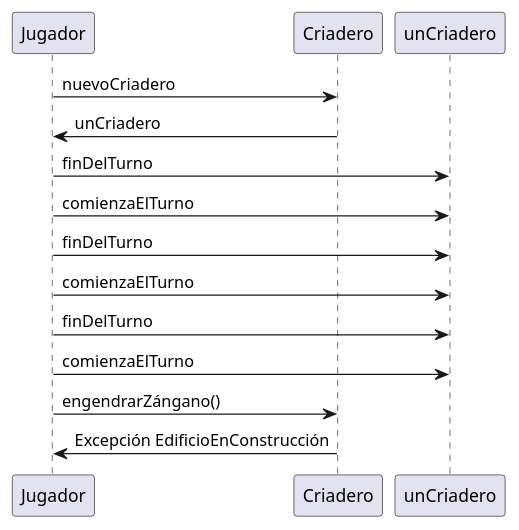
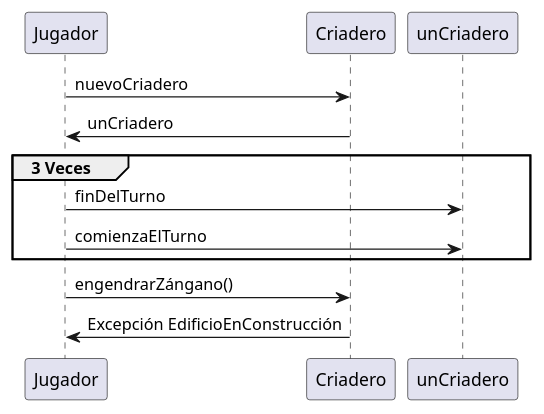
One commit to nicolasgirardi/algo3_TP2_AlgoStar changed the diagram in diagrams/sequences/CasoDeUso2/PruebaCriaderoLuegoDe3Turnos.puml. Above: the diagram before and after it, drawn with PlantUML. The commit also changed 3 other files, not shown here.

Commit message:
diagrama para extractor

```diff
--- a/diagrams/sequences/CasoDeUso2/PruebaCriaderoLuegoDe3Turnos.puml
+++ b/diagrams/sequences/CasoDeUso2/PruebaCriaderoLuegoDe3Turnos.puml
@@ -1,18 +1,16 @@
 @startuml
 'https://plantuml.com/sequence-diagram
 
 Jugador -> Criadero: nuevoCriadero
 Criadero -> Jugador: unCriadero
 
-Jugador -> unCriadero: finDelTurno
-Jugador -> unCriadero: comienzaElTurno
-
-Jugador -> unCriadero: finDelTurno
-Jugador -> unCriadero: comienzaElTurno
-
-Jugador -> unCriadero: finDelTurno
-Jugador -> unCriadero: comienzaElTurno
+group 3 Veces
+    Jugador -> unCriadero: finDelTurno
+    Jugador -> unCriadero: comienzaElTurno
+end
 
 Jugador ->Criadero: engendrarZángano()
 Criadero -> Jugador: Excepción EdificioEnConstrucción
+
+
 @enduml
```
